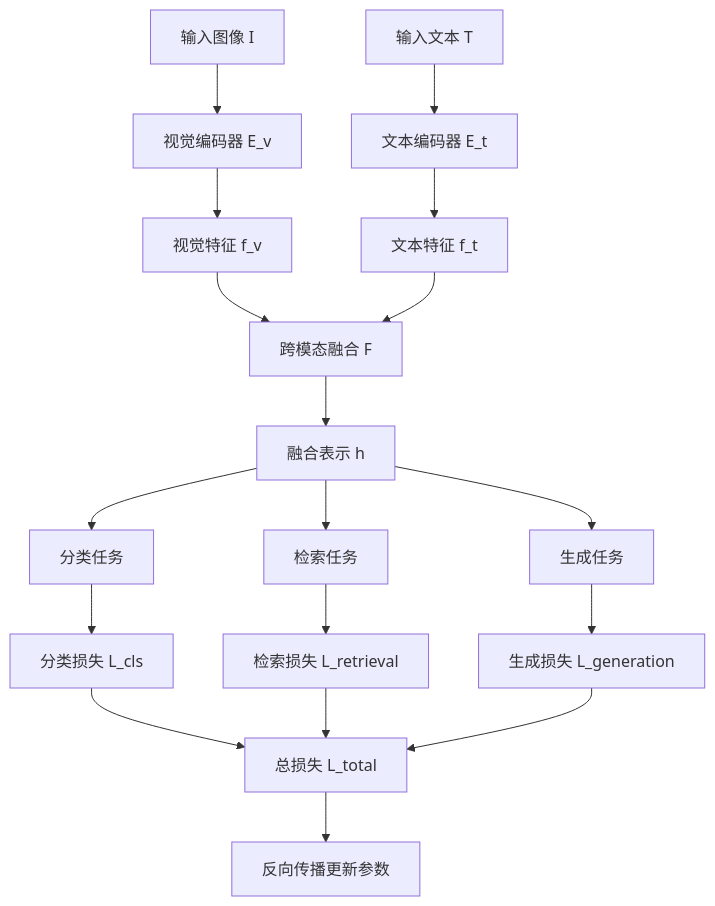
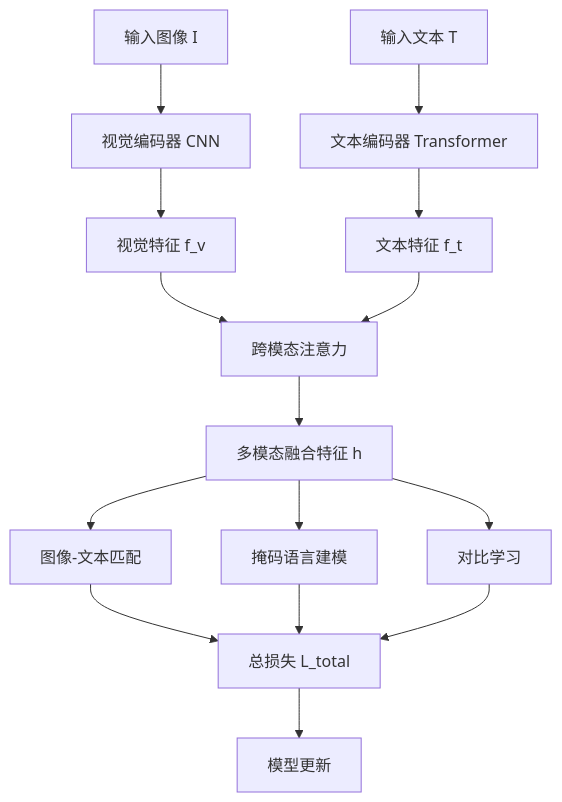
One commit to AdaMartin18010/FormalModel changed the first of 3 diagrams in docs/09-实现示例/通用示例/MULTIMODAL_LEARNING_MULTI_REPRESENTATION.md. Above: the diagram before and after it, drawn with Mermaid. The commit also changed other lines of this file and 2 other files, not shown here.

````diff
--- a/docs/09-实现示例/通用示例/MULTIMODAL_LEARNING_MULTI_REPRESENTATION.md
+++ b/docs/09-实现示例/通用示例/MULTIMODAL_LEARNING_MULTI_REPRESENTATION.md
@@ -63,27 +38,23 @@
 ```mermaid
 graph TD
-    A[输入图像 I] --> B[视觉编码器 E_v]
-    C[输入文本 T] --> D[文本编码器 E_t]
+    A[输入图像 I] --> B[视觉编码器 CNN]
+    C[输入文本 T] --> D[文本编码器 Transformer]
     
     B --> E[视觉特征 f_v]
     D --> F[文本特征 f_t]
     
-    E --> G[跨模态融合 F]
+    E --> G[跨模态注意力]
     F --> G
     
-    G --> H[融合表示 h]
+    G --> H[多模态融合特征 h]
     
-    H --> I[分类任务]
-    H --> J[检索任务]
-    H --> K[生成任务]
+    H --> I[图像-文本匹配]
+    H --> J[掩码语言建模]
+    H --> K[对比学习]
     
-    I --> L[分类损失 L_cls]
-    J --> M[检索损失 L_retrieval]
-    K --> N[生成损失 L_generation]
+    I --> L[总损失 L_total]
+    J --> L
+    K --> L
     
-    L --> O[总损失 L_total]
-    M --> O
-    N --> O
-    
-    O --> P[反向传播更新参数]
+    L --> M[模型更新]
 ```
````
